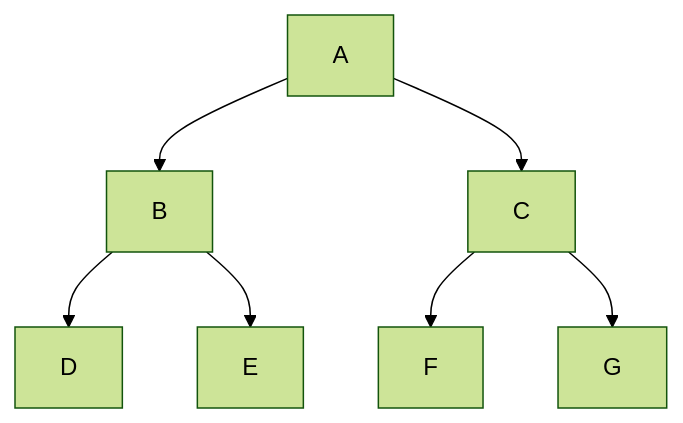
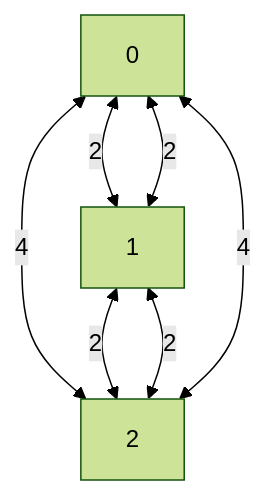
Before and after one commit to CS5008-khoury-lionelle/TeamActivities: the first of 2 diagrams in Module10/README.md, drawn with Mermaid (forest theme). The commit also changed other lines of this file and 41 other files, not shown here.

````diff
--- a/Module10/README.md
+++ b/Module10/README.md
@@ -26,9 +25,10 @@
 ```mermaid
 flowchart TD
-    A --> B
-    A --> C
-    B --> D
-    B --> E
-    C --> F
-    C --> G
+    0 <-- 2 --> 1
+    0 <-- 4 --> 2
+    1 <-- 2 --> 2
+    2 <-- 2 --> 1
+    1 <-- 2 --> 0
+    2 <-- 4 --> 0
+
 ```
````
